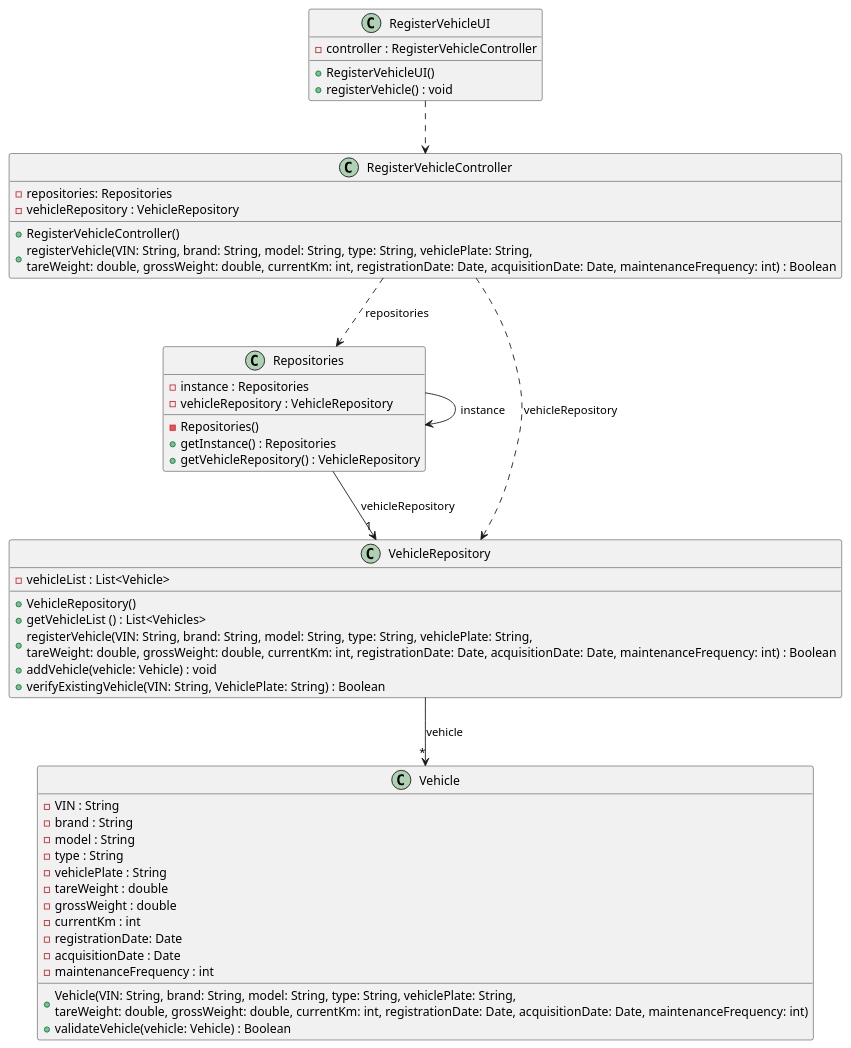
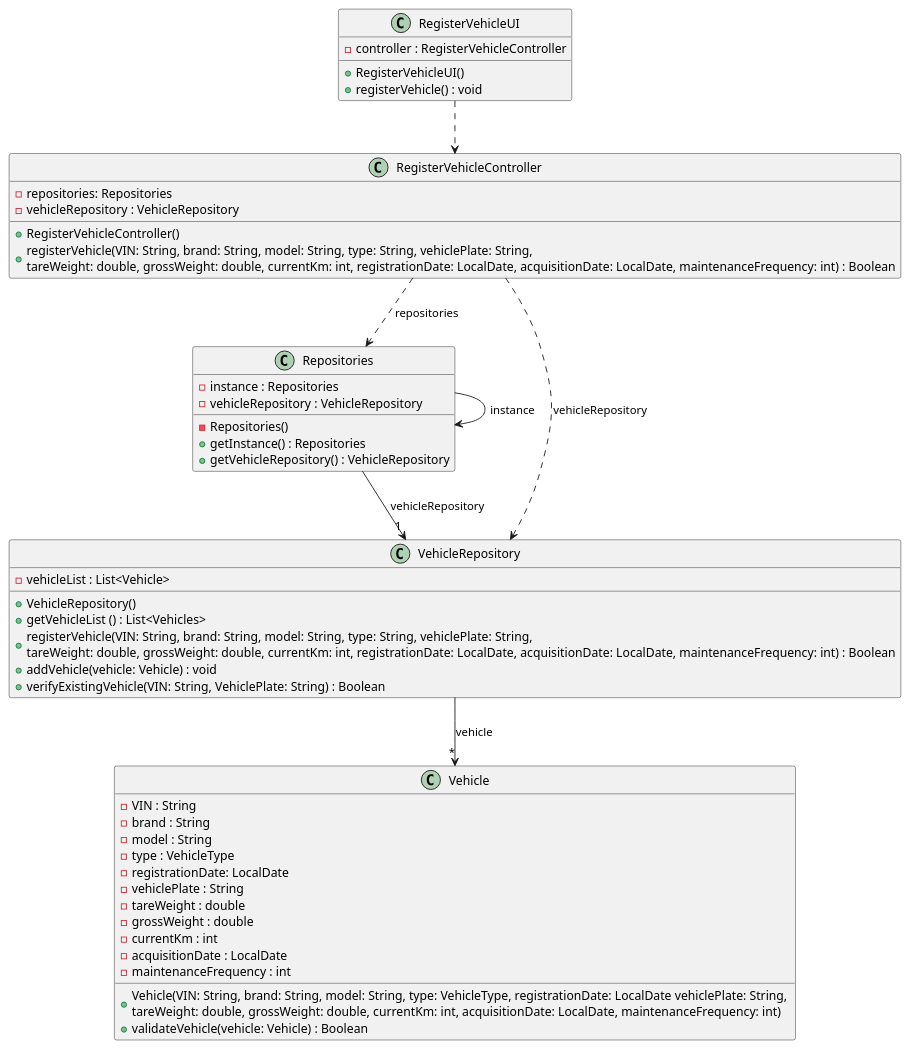
The diagram in docs/sprintC/us006/03.design/puml/us006-class-diagram.puml (ricardomm7/leaflink), drawn with PlantUML before and after one commit. The commit also changed 16 other files, not shown here.

Commit message:
Correct ListMaintenance (Feedback); Update VehicleType as enum; Verify vehicle plates format for year; Update Tests and DiagramClass

```diff
--- a/docs/sprintC/us006/03.design/puml/us006-class-diagram.puml
+++ b/docs/sprintC/us006/03.design/puml/us006-class-diagram.puml
@@ -1,63 +1,63 @@
 @startuml
 skinparam shadowing false
 skinparam line type polyline
 
 'left to right direction
 
     class RegisterVehicleUI {
         - controller : RegisterVehicleController
         + RegisterVehicleUI()
         + registerVehicle() : void
     }
 
     class RegisterVehicleController {
         - repositories: Repositories
         - vehicleRepository : VehicleRepository
 
         + RegisterVehicleController()
-        + registerVehicle(VIN: String, brand: String, model: String, type: String, vehiclePlate: String, \ntareWeight: double, grossWeight: double, currentKm: int, registrationDate: Date, acquisitionDate: Date, maintenanceFrequency: int) : Boolean
+        + registerVehicle(VIN: String, brand: String, model: String, type: String, vehiclePlate: String, \ntareWeight: double, grossWeight: double, currentKm: int, registrationDate: LocalDate, acquisitionDate: LocalDate, maintenanceFrequency: int) : Boolean
     }
 
     class Repositories {
         - instance : Repositories
         - vehicleRepository : VehicleRepository
         - Repositories()
         + getInstance() : Repositories
         + getVehicleRepository() : VehicleRepository
     }
 
     class VehicleRepository {
         - vehicleList : List<Vehicle>
 
         + VehicleRepository()
         + getVehicleList () : List<Vehicles>
-        + registerVehicle(VIN: String, brand: String, model: String, type: String, vehiclePlate: String, \ntareWeight: double, grossWeight: double, currentKm: int, registrationDate: Date, acquisitionDate: Date, maintenanceFrequency: int) : Boolean
+        + registerVehicle(VIN: String, brand: String, model: String, type: String, vehiclePlate: String, \ntareWeight: double, grossWeight: double, currentKm: int, registrationDate: LocalDate, acquisitionDate: LocalDate, maintenanceFrequency: int) : Boolean
         + addVehicle(vehicle: Vehicle) : void
         + verifyExistingVehicle(VIN: String, VehiclePlate: String) : Boolean
     }
 
     class Vehicle {
         - VIN : String
         - brand : String
         - model : String
-        - type : String
+        - type : VehicleType
+        - registrationDate: LocalDate
         - vehiclePlate : String
         - tareWeight : double
         - grossWeight : double
         - currentKm : int
-        - registrationDate: Date
-        - acquisitionDate : Date
+        - acquisitionDate : LocalDate
         - maintenanceFrequency : int
 
-        + Vehicle(VIN: String, brand: String, model: String, type: String, vehiclePlate: String, \ntareWeight: double, grossWeight: double, currentKm: int, registrationDate: Date, acquisitionDate: Date, maintenanceFrequency: int)
+        + Vehicle(VIN: String, brand: String, model: String, type: VehicleType, registrationDate: LocalDate vehiclePlate: String, \ntareWeight: double, grossWeight: double, currentKm: int, acquisitionDate: LocalDate, maintenanceFrequency: int)
         + validateVehicle(vehicle: Vehicle) : Boolean
     }
 
 RegisterVehicleUI ..> RegisterVehicleController
 RegisterVehicleController ..> Repositories: repositories
 Repositories --> Repositories: instance
 RegisterVehicleController ..> VehicleRepository: vehicleRepository
 Repositories --> "1"VehicleRepository: vehicleRepository
 VehicleRepository -->"*" Vehicle: vehicle
 
 @enduml
```
